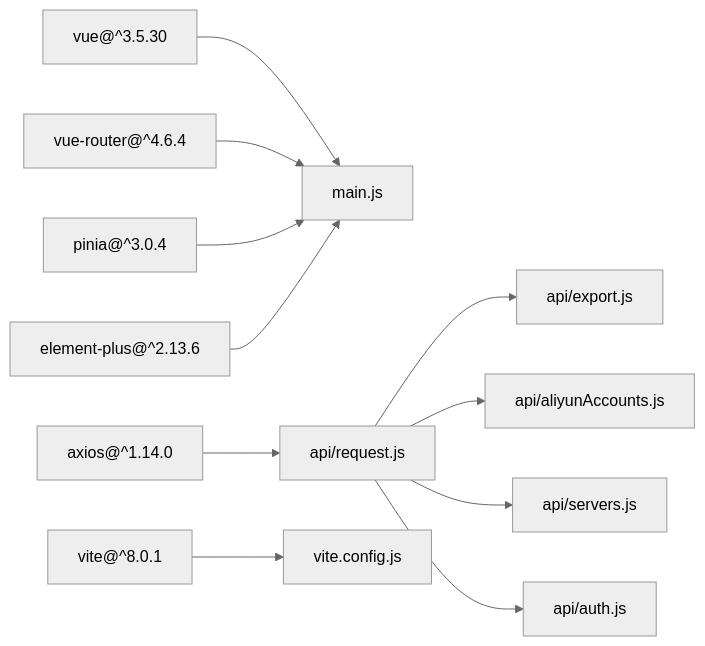
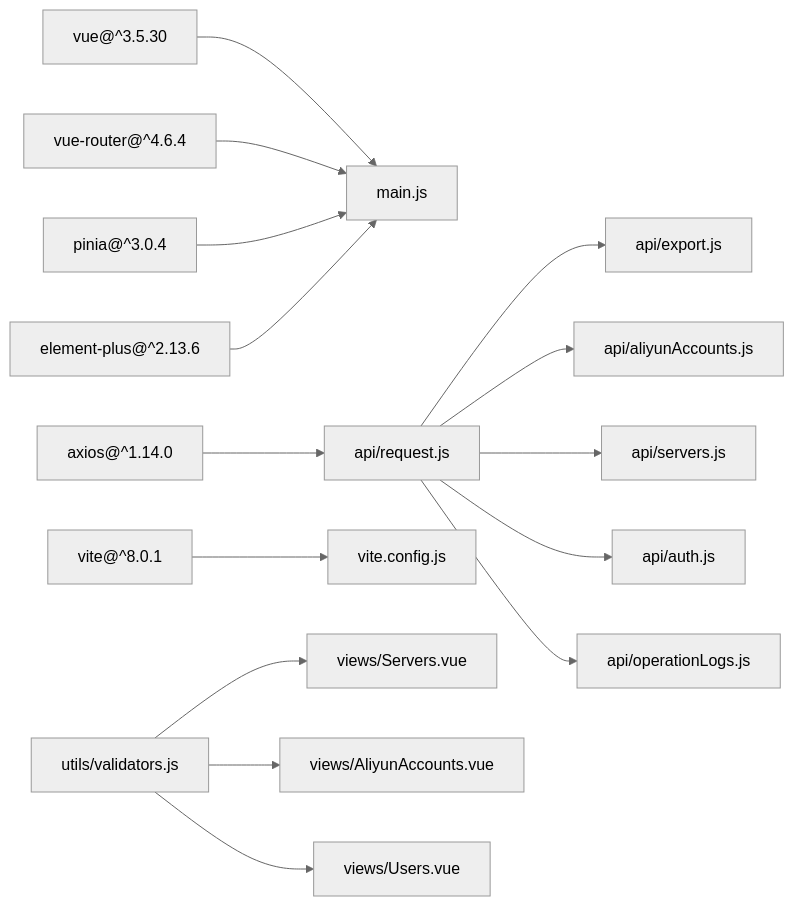
Before and after one commit to ismine3/OPS: diagram 16 of 16 in .qoder/repowiki/zh/content/前端架构设计/前端架构设计.md, drawn with Mermaid (neutral theme). The commit also changed other lines of this file and 5 other files, not shown here.

````diff
--- a/.qoder/repowiki/zh/content/前端架构设计/前端架构设计.md
+++ b/.qoder/repowiki/zh/content/前端架构设计/前端架构设计.md
@@ -572,13 +642,17 @@
 ```mermaid
 graph LR
 VUE["vue@^3.5.30"] --> MAIN["main.js"]
 ROUTER["vue-router@^4.6.4"] --> MAIN
 PINIA["pinia@^3.0.4"] --> MAIN
 EP["element-plus@^2.13.6"] --> MAIN
 AXIOS["axios@^1.14.0"] --> REQ["api/request.js"]
 VITE["vite@^8.0.1"] --> CONFIG["vite.config.js"]
 REQ --> EXPORT_API["api/export.js"]
 REQ --> ALIYUN_API["api/aliyunAccounts.js"]
 REQ --> SERVERS_API["api/servers.js"]
 REQ --> AUTH_API["api/auth.js"]
+REQ --> OPERATION_LOGS_API["api/operationLogs.js"]
+VALIDATORS["utils/validators.js"] --> SERVERS["views/Servers.vue"]
+VALIDATORS --> ALIYUN_ACCOUNTS["views/AliyunAccounts.vue"]
+VALIDATORS --> USERS["views/Users.vue"]
 ```
````
